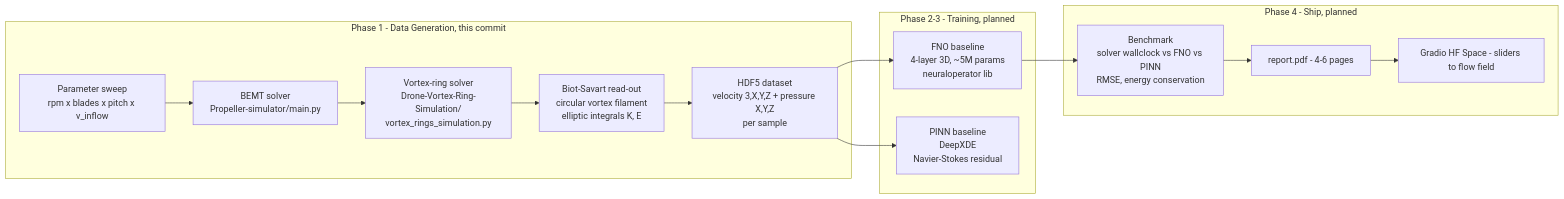
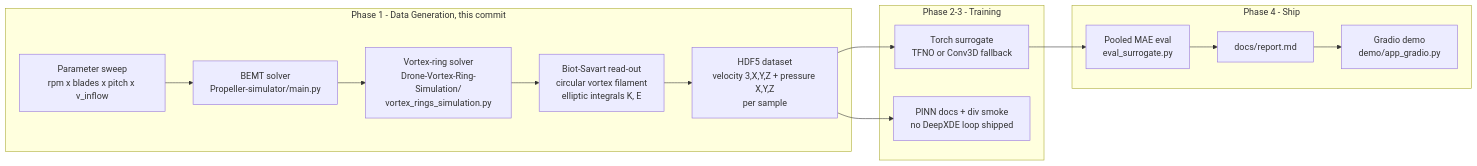
The diagram in README.md (Siddarthb07/NeuralVortex), drawn with Mermaid before and after one commit. The commit also changed other lines of this file and 21 other files, not shown here.

First line of the commit message:
Add surrogate training loop, eval scripts, and demo gallery PNGs.

````diff
--- a/README.md
+++ b/README.md
@@ -26,25 +33,25 @@
 ```mermaid
 flowchart LR
     subgraph dataGen [Phase 1 - Data Generation, this commit]
         sweep[Parameter sweep<br/>rpm x blades x pitch x v_inflow]
         bemt[BEMT solver<br/>Propeller-simulator/main.py]
         vrings[Vortex-ring solver<br/>Drone-Vortex-Ring-Simulation/<br/>vortex_rings_simulation.py]
         biot[Biot-Savart read-out<br/>circular vortex filament<br/>elliptic integrals K, E]
         h5[HDF5 dataset<br/>velocity 3,X,Y,Z + pressure X,Y,Z<br/>per sample]
         sweep --> bemt --> vrings --> biot --> h5
     end
 
-    subgraph train [Phase 2-3 - Training, planned]
-        fno[FNO baseline<br/>4-layer 3D, ~5M params<br/>neuraloperator lib]
-        pinn[PINN baseline<br/>DeepXDE<br/>Navier-Stokes residual]
+    subgraph train [Phase 2-3 - Training]
+        fno[Torch surrogate<br/>TFNO or Conv3D fallback]
+        pinn[PINN docs + div smoke<br/>no DeepXDE loop shipped]
         h5 --> fno
         h5 --> pinn
     end
 
-    subgraph ship [Phase 4 - Ship, planned]
-        bench[Benchmark<br/>solver wallclock vs FNO vs PINN<br/>RMSE, energy conservation]
-        report[report.pdf - 4-6 pages]
-        demo[Gradio HF Space - sliders to flow field]
+    subgraph ship [Phase 4 - Ship]
+        bench[Pooled MAE eval<br/>eval_surrogate.py]
+        report[docs/report.md]
+        demo[Gradio demo<br/>demo/app_gradio.py]
         fno --> bench --> report --> demo
     end
 ```
````
